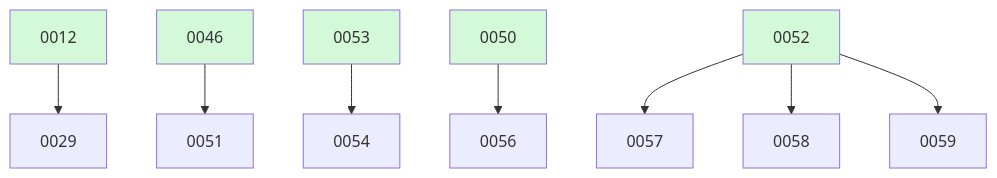
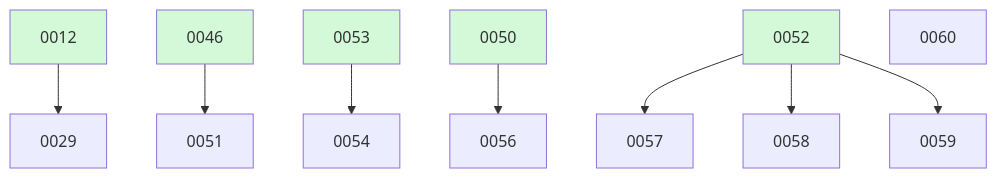
The diagram in docs/changes/BOARD.md (ethanhinson/fuse), drawn with Mermaid before and after one commit. The commit also changed other lines of this file, not shown here.

````diff
--- a/docs/changes/BOARD.md
+++ b/docs/changes/BOARD.md
@@ -22,16 +23,17 @@
 ```mermaid
 graph TD
   0012 --> 0029
   0046 --> 0051
   0053 --> 0054
   0050 --> 0056
   0052 --> 0057
   0052 --> 0058
   0052 --> 0059
+  0060
   0012:::done
   0046:::done
   0050:::done
   0052:::done
   0053:::done
   classDef done fill:#d3f9d8;
 ```
````
